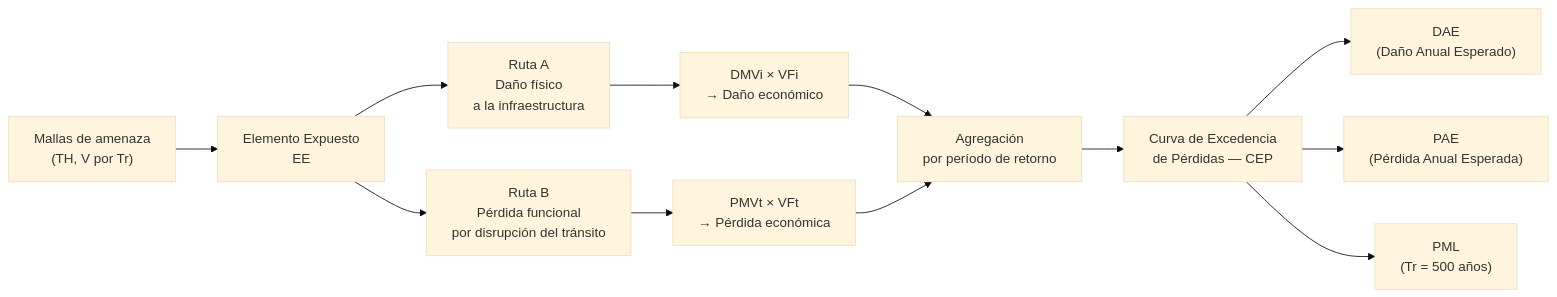
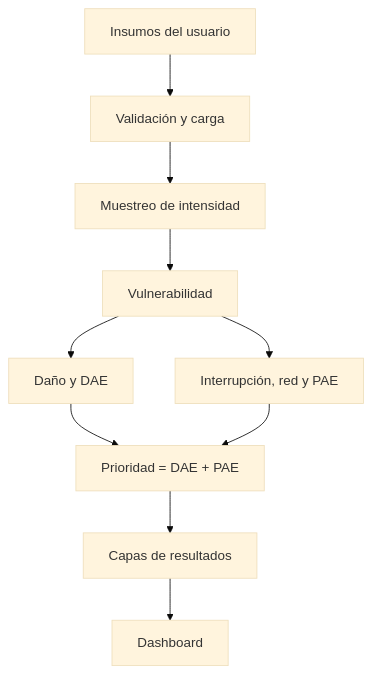
Before and after one commit to andresabarca-atlas/bsa-docs: the diagram in docs/metodologia/arquitectura.md, drawn with Mermaid (base theme). The commit also changed other lines of this file and 54 other files, not shown here.

````diff
--- a/docs/metodologia/arquitectura.md
+++ b/docs/metodologia/arquitectura.md
@@ -34,17 +5,12 @@
 ```mermaid
-flowchart LR
-    IN["Mallas de amenaza\n(TH, V por Tr)"] --> EE["Elemento Expuesto\nEE"]
-    EE --> A["Ruta A\nDaño físico\na la infraestructura"]
-    EE --> B["Ruta B\nPérdida funcional\npor disrupción del tránsito"]
-
-    A --> DA["DMVi × VFi\n→ Daño económico"]
-    B --> DB["PMVt × VFt\n→ Pérdida económica"]
-
-    DA --> AGG["Agregación\npor período de retorno"]
-    DB --> AGG
-
-    AGG --> CEP["Curva de Excedencia\nde Pérdidas — CEP"]
-    CEP --> DAE["DAE\n(Daño Anual Esperado)"]
-    CEP --> PAE["PAE\n(Pérdida Anual Esperada)"]
-    CEP --> PML["PML\n(Tr = 500 años)"]
+flowchart TD
+    A["Insumos del usuario"] --> B["Validación y carga"]
+    B --> C["Muestreo de intensidad"]
+    C --> D["Vulnerabilidad"]
+    D --> E["Daño y DAE"]
+    D --> F["Interrupción, red y PAE"]
+    E --> G["Prioridad = DAE + PAE"]
+    F --> G
+    G --> H["Capas de resultados"]
+    H --> I["Dashboard"]
 ```
````
